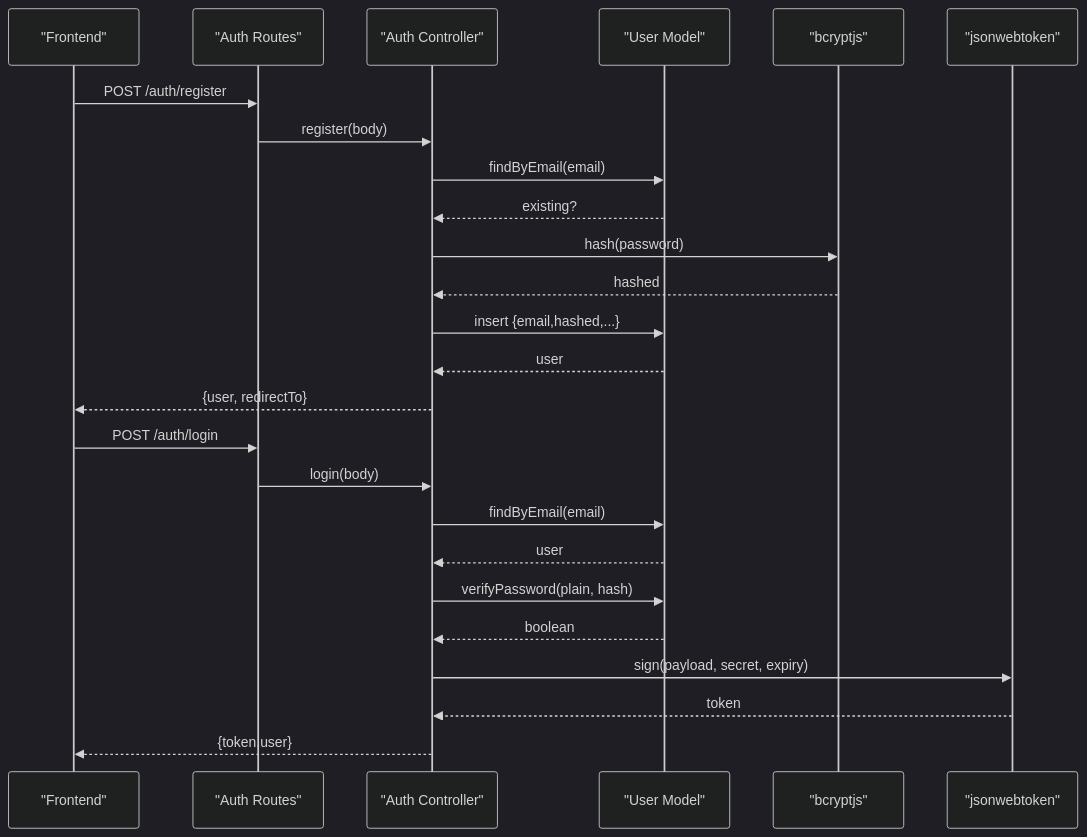
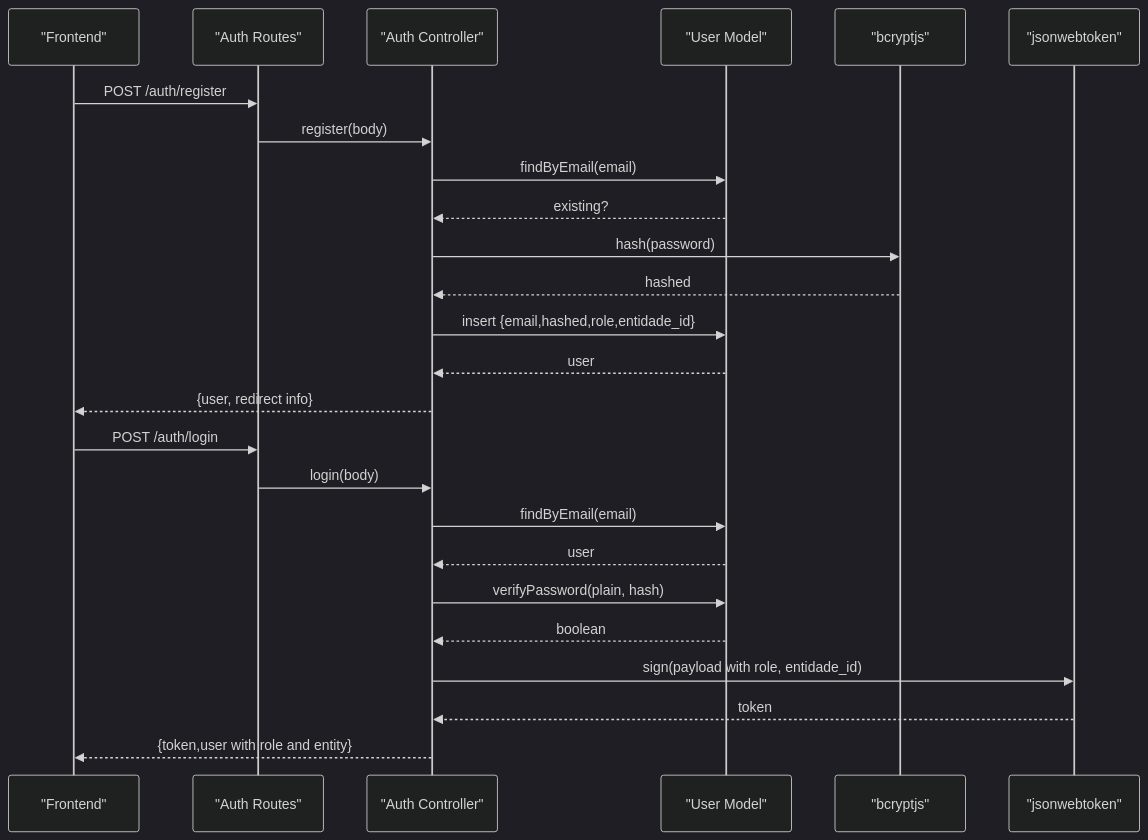
One commit to luiseduacosta/nodemural changed the sixth of 10 diagrams in .qoder/repowiki/en/content/Authentication & Authorization System/Authentication & Authorization System.md. Above: the diagram before and after it, drawn with Mermaid (dark theme). The commit also changed other lines of this file and 27 other files, not shown here.

````diff
--- a/.qoder/repowiki/en/content/Authentication & Authorization System/Authentication & Authorization System.md
+++ b/.qoder/repowiki/en/content/Authentication & Authorization System/Authentication & Authorization System.md
@@ -237,27 +300,27 @@
 ```mermaid
 sequenceDiagram
 participant FE as "Frontend"
 participant AuthRoute as "Auth Routes"
 participant AuthCtrl as "Auth Controller"
 participant UserModel as "User Model"
 participant BC as "bcryptjs"
 participant JWT as "jsonwebtoken"
 FE->>AuthRoute : POST /auth/register
 AuthRoute->>AuthCtrl : register(body)
 AuthCtrl->>UserModel : findByEmail(email)
 UserModel-->>AuthCtrl : existing?
 AuthCtrl->>BC : hash(password)
 BC-->>AuthCtrl : hashed
-AuthCtrl->>UserModel : insert {email,hashed,...}
+AuthCtrl->>UserModel : insert {email,hashed,role,entidade_id}
 UserModel-->>AuthCtrl : user
-AuthCtrl-->>FE : {user, redirectTo}
+AuthCtrl-->>FE : {user, redirect info}
 FE->>AuthRoute : POST /auth/login
 AuthRoute->>AuthCtrl : login(body)
 AuthCtrl->>UserModel : findByEmail(email)
 UserModel-->>AuthCtrl : user
 AuthCtrl->>UserModel : verifyPassword(plain, hash)
 UserModel-->>AuthCtrl : boolean
-AuthCtrl->>JWT : sign(payload, secret, expiry)
+AuthCtrl->>JWT : sign(payload with role, entidade_id)
 JWT-->>AuthCtrl : token
-AuthCtrl-->>FE : {token,user}
+AuthCtrl-->>FE : {token,user with role and entity}
 ```
````
